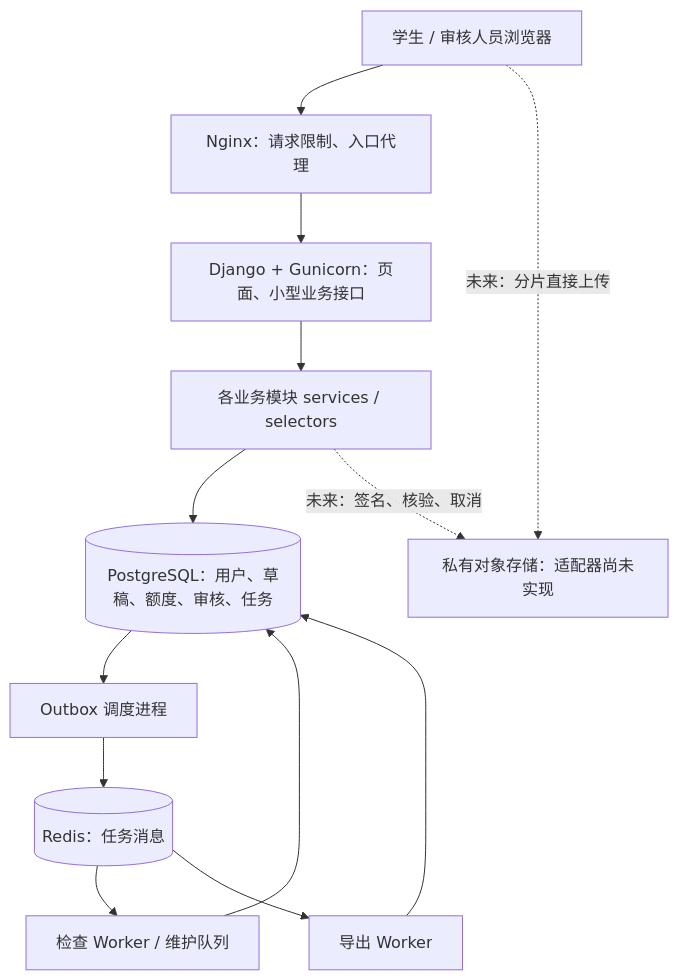
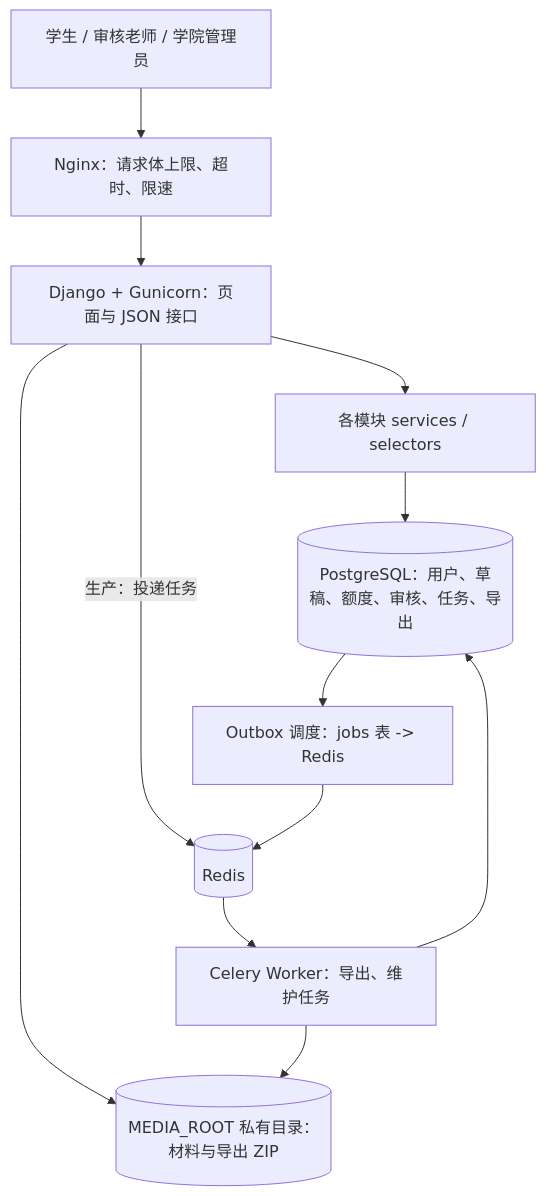
One commit to Mikiyazz/Website changed the first of 3 diagrams in docs/项目架构与模块说明.md. Above: the diagram before and after it, drawn with Mermaid. The commit also changed other lines of this file and 127 other files, not shown here.

````diff
--- a/docs/项目架构与模块说明.md
+++ b/docs/项目架构与模块说明.md
@@ -22,15 +25,14 @@
 ```mermaid
 flowchart TD
-    Browser[学生 / 审核人员浏览器] --> Nginx[Nginx：请求限制、入口代理]
-    Nginx --> Web[Django + Gunicorn：页面、小型业务接口]
-    Web --> Services[各业务模块 services / selectors]
-    Services --> DB[(PostgreSQL：用户、草稿、额度、审核、任务)]
-    DB --> Dispatcher[Outbox 调度进程]
-    Dispatcher --> Redis[(Redis：任务消息)]
-    Redis --> Validation[检查 Worker / 维护队列]
-    Redis --> Exports[导出 Worker]
-    Validation --> DB
-    Exports --> DB
-    Browser -. 未来：分片直接上传 .-> Storage[私有对象存储：适配器尚未实现]
-    Services -. 未来：签名、核验、取消 .-> Storage
+    Browser[学生 / 审核老师 / 学院管理员] --> Nginx[Nginx：请求体上限、超时、限速]
+    Nginx --> Web[Django + Gunicorn：页面与 JSON 接口]
+    Web --> Services[各模块 services / selectors]
+    Services --> DB[(PostgreSQL：用户、草稿、额度、审核、任务、导出)]
+    Web --> Media[(MEDIA_ROOT 私有目录：材料与导出 ZIP)]
+    Web -->|生产：投递任务| Redis[(Redis)]
+    Redis --> Worker[Celery Worker：导出、维护任务]
+    Worker --> Media
+    Worker --> DB
+    DB --> Dispatcher[Outbox 调度：jobs 表 -> Redis]
+    Dispatcher --> Redis
 ```
````
